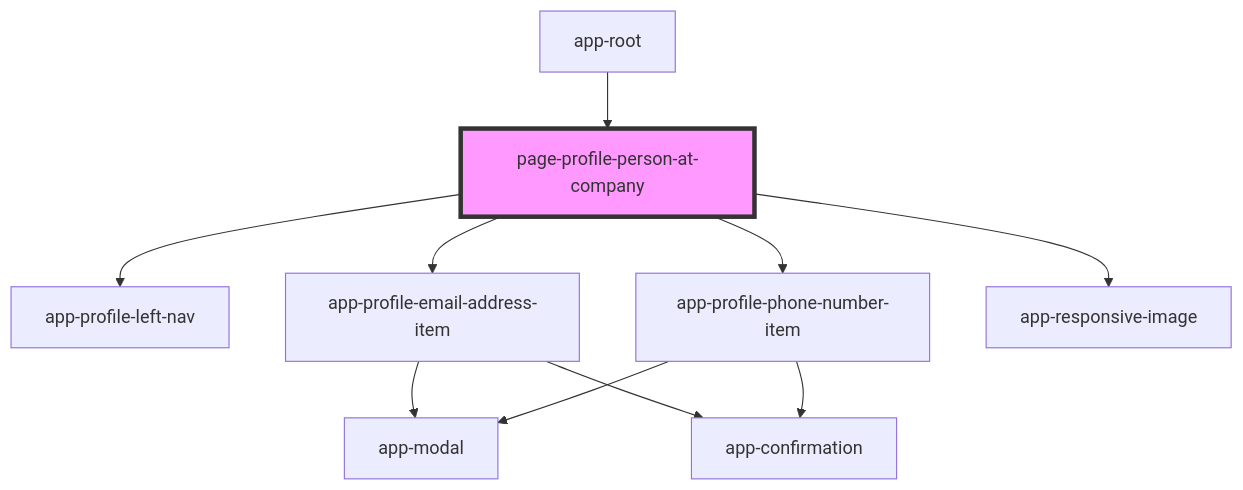
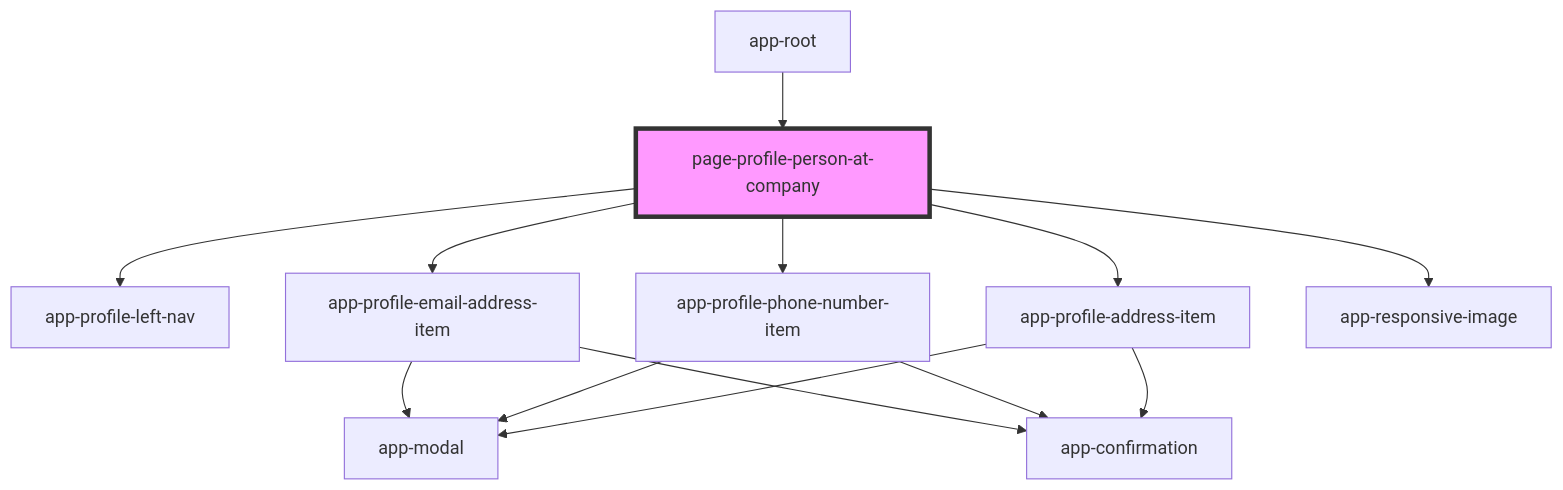
Before and after one commit to lokheed/IconEventNetwork.Web: the diagram in iconeventnetwork-web/src/components/pages/page-profile-person-at-company/readme.md, drawn with Mermaid. The commit also changed other lines of this file and 21 other files, not shown here.

````diff
--- a/iconeventnetwork-web/src/components/pages/page-profile-person-at-company/readme.md
+++ b/iconeventnetwork-web/src/components/pages/page-profile-person-at-company/readme.md
@@ -29,13 +30,16 @@
 ```mermaid
 graph TD;
   page-profile-person-at-company --> app-profile-left-nav
   page-profile-person-at-company --> app-profile-email-address-item
   page-profile-person-at-company --> app-profile-phone-number-item
+  page-profile-person-at-company --> app-profile-address-item
   page-profile-person-at-company --> app-responsive-image
   app-profile-email-address-item --> app-modal
   app-profile-email-address-item --> app-confirmation
   app-profile-phone-number-item --> app-modal
   app-profile-phone-number-item --> app-confirmation
+  app-profile-address-item --> app-modal
+  app-profile-address-item --> app-confirmation
   app-root --> page-profile-person-at-company
   style page-profile-person-at-company fill:#f9f,stroke:#333,stroke-width:4px
 ```
````
